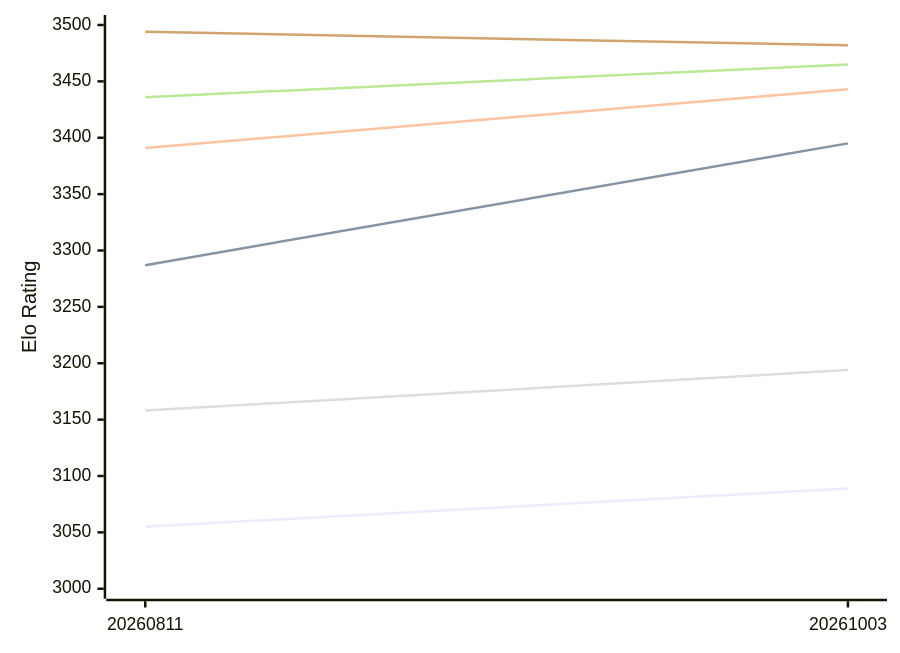
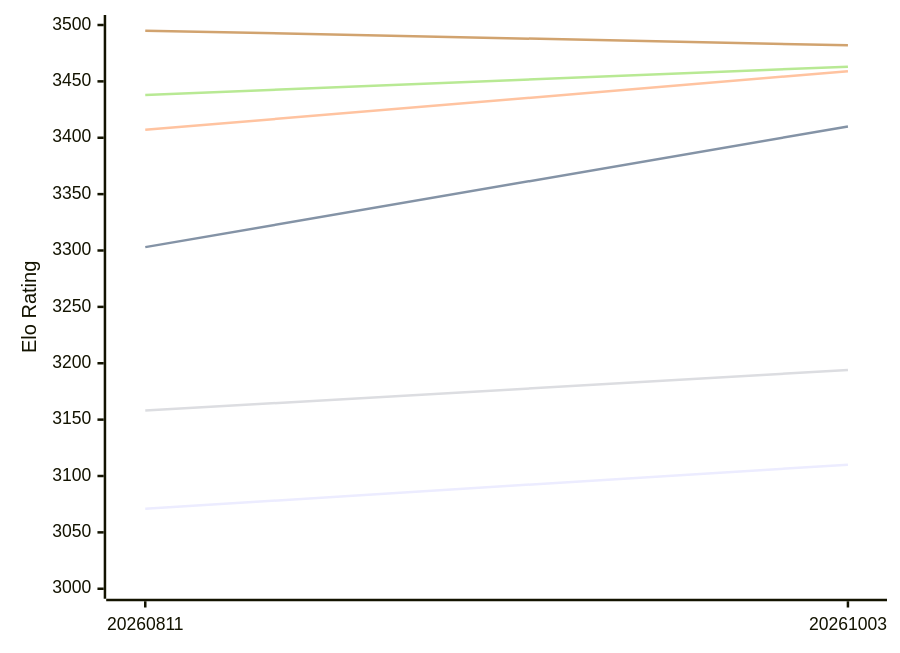
One commit to computer-chess-index/cci changed the first of 2 diagrams in engines/Askaig.md. Above: the diagram before and after it, drawn with Mermaid. The commit also changed other lines of this file, not shown here.

Commit message:
Update CCI Ratings (ELO VLTC) - 2026-11-11

````diff
--- a/engines/Askaig.md
+++ b/engines/Askaig.md
@@ -52,12 +52,12 @@
 ```mermaid
 %%{init: {"theme":"base","themeVariables":{"seriesColors:['#a3a3a3','#222221','#faa371']}}}%%
 xychart-beta
   x-axis ["20260811", "20261003"]
   y-axis "Elo Rating" 3000 --> 3500
-  line "E1: STC (8.0+0.08s)" [3055, 3089]
-  line "E1: LTC (60.0+0.60s)" [3287, 3395]
-  line "E1: VLTC (2m24s+1.12s)" [3391, 3443]
+  line "E1: STC (8.0+0.08s)" [3071, 3110]
+  line "E1: LTC (60.0+0.60s)" [3303, 3410]
+  line "E1: VLTC (2m24s+1.12s)" [3407, 3459]
   line "P1: STC (8.0+0.08s)" [3158, 3194]
-  line "P1: LTC (60.0+0.60s)" [3436, 3465]
-  line "P1: VLTC (2m24s+1.12s)" [3494, 3482]
+  line "P1: LTC (60.0+0.60s)" [3438, 3463]
+  line "P1: VLTC (2m24s+1.12s)" [3495, 3482]
 ```
````
